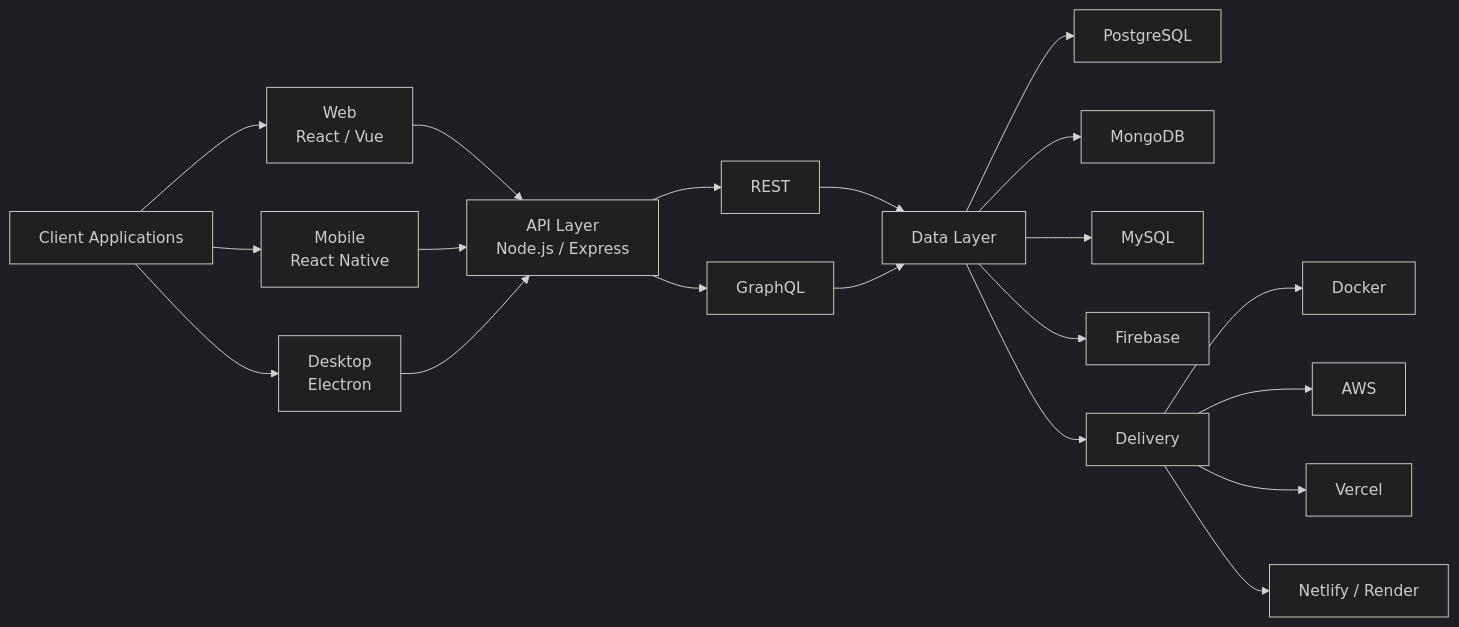
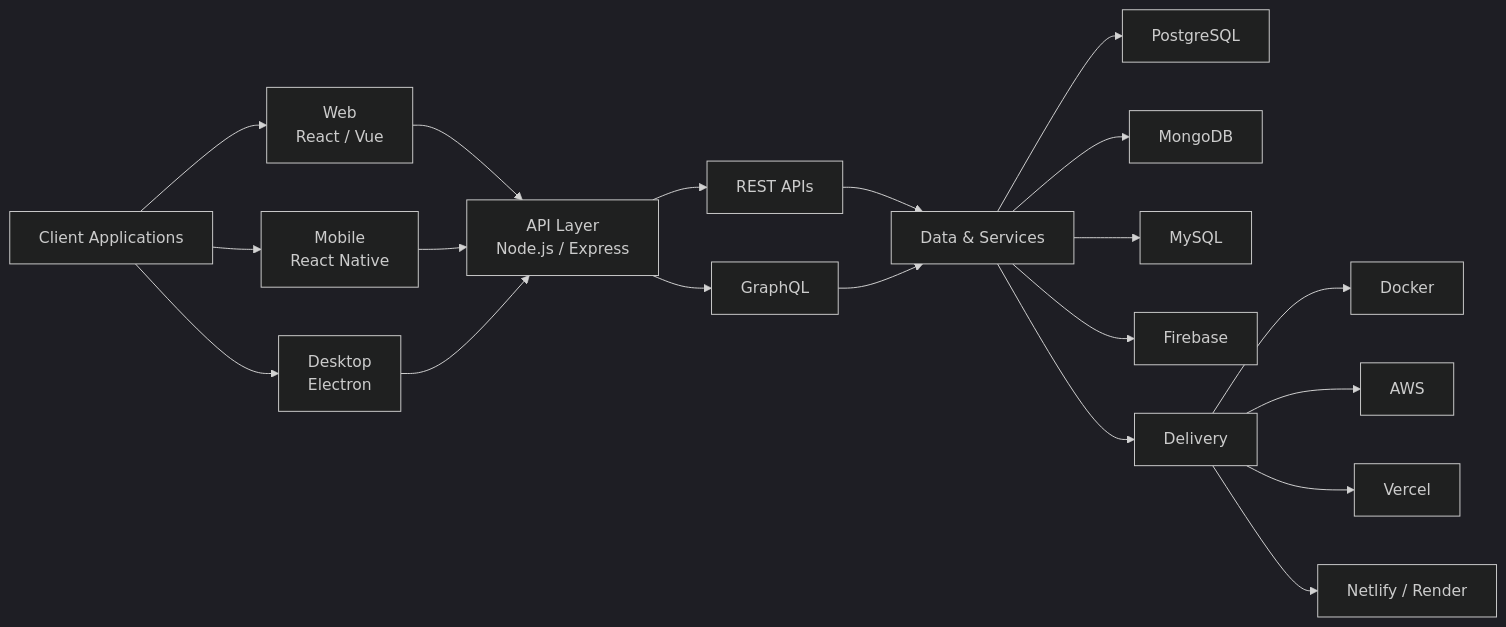
The first of 2 diagrams in README.md (waqas-gul/waqas-gul), drawn with Mermaid (dark theme) before and after one commit. The commit also changed other lines of this file, not shown here.

````diff
--- a/README.md
+++ b/README.md
@@ -148,54 +160,54 @@
 ```mermaid
 flowchart LR
 
     A["Client Applications"]
 
     B1["Web<br/>React / Vue"]
     B2["Mobile<br/>React Native"]
     B3["Desktop<br/>Electron"]
 
     C["API Layer<br/>Node.js / Express"]
 
-    D1["REST"]
+    D1["REST APIs"]
     D2["GraphQL"]
 
-    E["Data Layer"]
+    E["Data & Services"]
 
     F1["PostgreSQL"]
     F2["MongoDB"]
     F3["MySQL"]
     F4["Firebase"]
 
     G["Delivery"]
 
     H1["Docker"]
     H2["AWS"]
     H3["Vercel"]
     H4["Netlify / Render"]
 
     A --> B1
     A --> B2
     A --> B3
 
     B1 --> C
     B2 --> C
     B3 --> C
 
     C --> D1
     C --> D2
 
     D1 --> E
     D2 --> E
 
     E --> F1
     E --> F2
     E --> F3
     E --> F4
 
     E --> G
 
     G --> H1
     G --> H2
     G --> H3
     G --> H4
 ```
````
